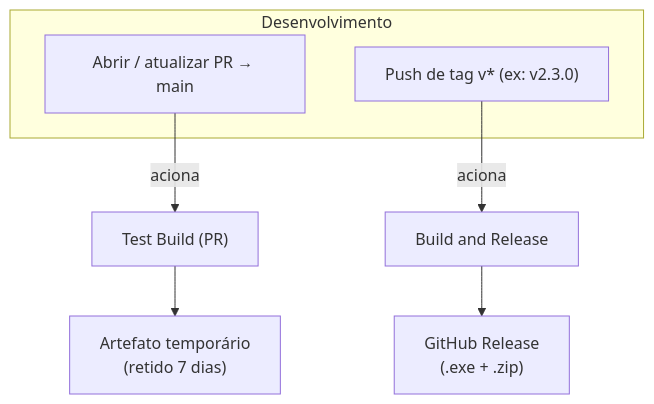
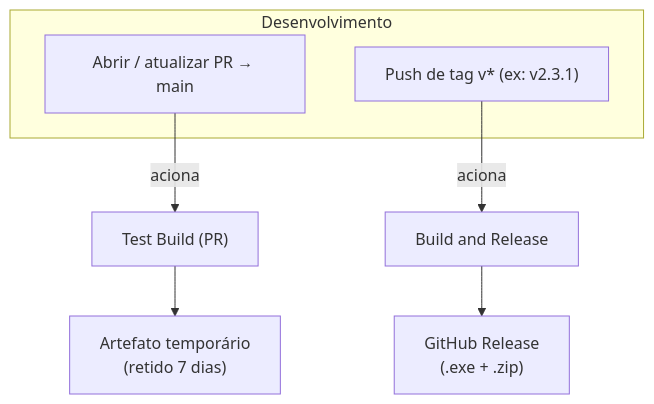
One commit to RuanPS01/cpp-review-app changed the first of 3 diagrams in docs/workflows-ci-cd.md. Above: the diagram before and after it, drawn with Mermaid. The commit also changed other lines of this file and 8 other files, not shown here.

````diff
--- a/docs/workflows-ci-cd.md
+++ b/docs/workflows-ci-cd.md
@@ -14,13 +14,13 @@
 ```mermaid
 graph TD
     subgraph dev["Desenvolvimento"]
         PR["Abrir / atualizar PR → main"]
-        TAG["Push de tag v* (ex: v2.3.0)"]
+        TAG["Push de tag v* (ex: v2.3.1)"]
     end
 
     PR -->|aciona| TB["Test Build (PR)"]
     TAG -->|aciona| RL["Build and Release"]
 
     TB --> ART["Artefato temporário<br/>(retido 7 dias)"]
     RL --> REL["GitHub Release<br/>(.exe + .zip)"]
 ```
````
